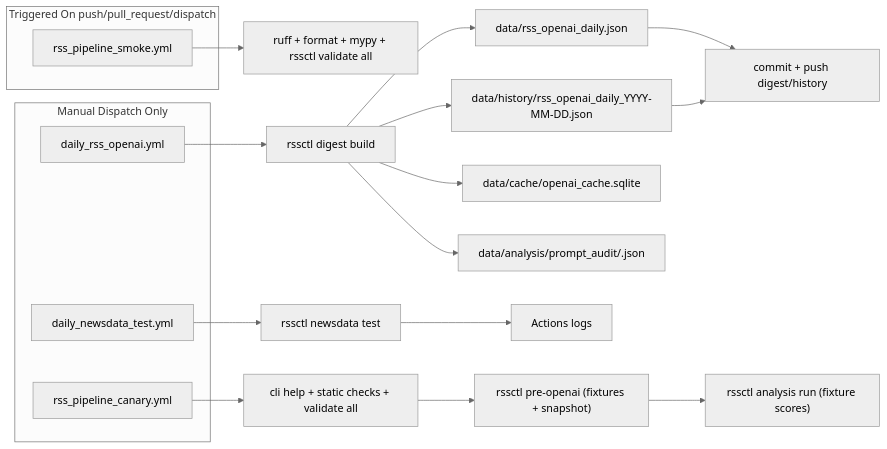
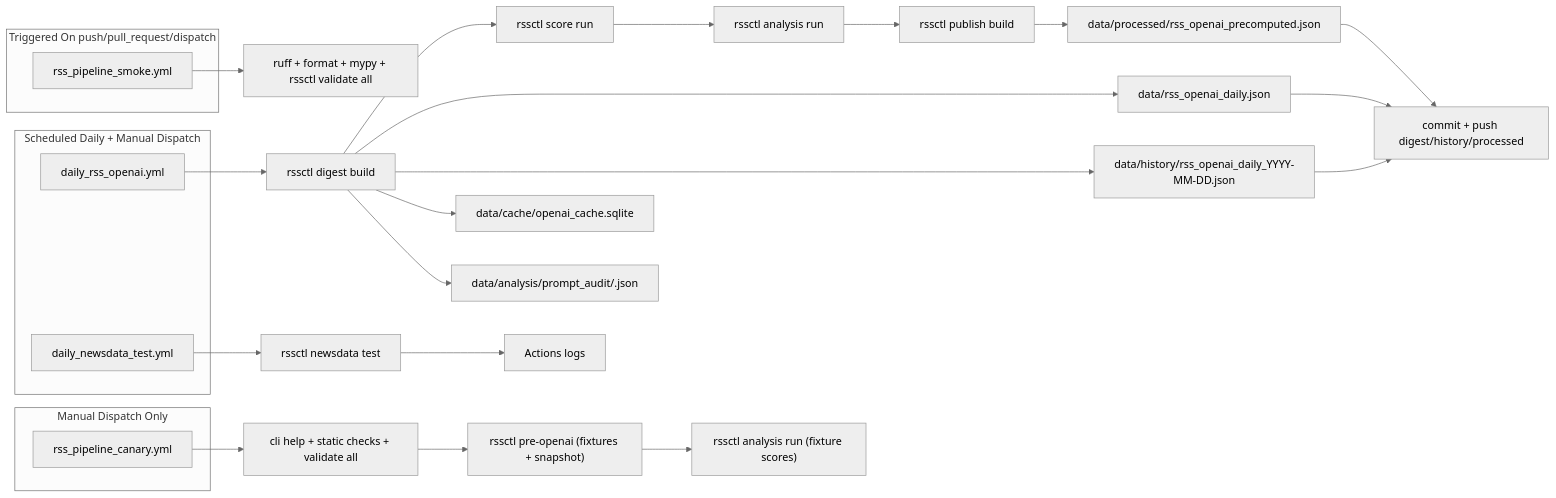
One commit to Distinction-Projects/RSS_Feeds changed the first of 3 diagrams in workflow_diagram.md. Above: the diagram before and after it, drawn with Mermaid (neutral theme). The commit also changed other lines of this file and 15 other files, not shown here.

Commit message:
feat: publish daily precomputed JSON for downstream apps

````diff
--- a/workflow_diagram.md
+++ b/workflow_diagram.md
@@ -4,29 +4,37 @@
 ```mermaid
 flowchart LR
   subgraph Triggered["Triggered On push/pull_request/dispatch"]
     Smoke["rss_pipeline_smoke.yml"]
   end
 
-  subgraph ManualOnly["Manual Dispatch Only"]
+  subgraph ScheduledDaily["Scheduled Daily + Manual Dispatch"]
     DailyDigest["daily_rss_openai.yml"]
     NewsData["daily_newsdata_test.yml"]
+  end
+
+  subgraph ManualOnly["Manual Dispatch Only"]
     Canary["rss_pipeline_canary.yml"]
   end
 
   Smoke --> SmokeChecks["ruff + format + mypy + rssctl validate all"]
 
   DailyDigest --> DigestRun["rssctl digest build"]
+  DigestRun --> ScoreRun["rssctl score run"]
+  ScoreRun --> AnalysisRun["rssctl analysis run"]
+  AnalysisRun --> PublishRun["rssctl publish build"]
   DigestRun --> DigestOut["data/rss_openai_daily.json"]
   DigestRun --> DigestHist["data/history/rss_openai_daily_YYYY-MM-DD.json"]
   DigestRun --> CacheDB["data/cache/openai_cache.sqlite"]
   DigestRun --> PromptAudit["data/analysis/prompt_audit/<run_id>.json"]
-  DigestOut --> DigestCommit["commit + push digest/history"]
+  PublishRun --> Processed["data/processed/rss_openai_precomputed.json"]
+  DigestOut --> DigestCommit["commit + push digest/history/processed"]
   DigestHist --> DigestCommit
+  Processed --> DigestCommit
 
   NewsData --> NewsDataRun["rssctl newsdata test"]
   NewsDataRun --> NewsDataLogs["Actions logs"]
 
   Canary --> CanaryChecks["cli help + static checks + validate all"]
   CanaryChecks --> CanaryPre["rssctl pre-openai (fixtures + snapshot)"]
   CanaryPre --> CanaryPost["rssctl analysis run (fixture scores)"]
 ```
````
